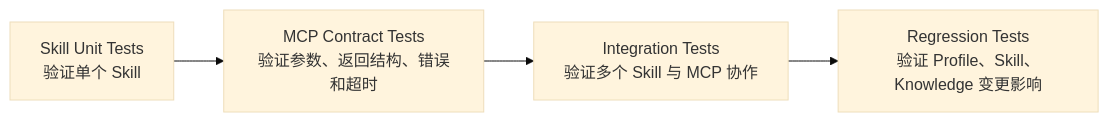
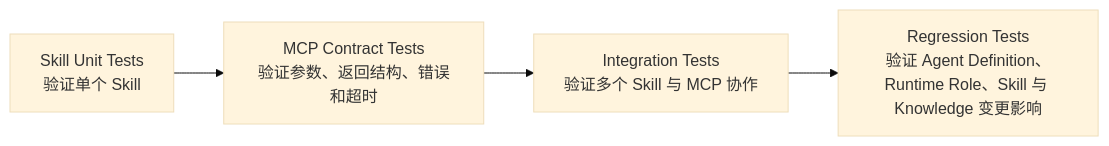
Before and after one commit to JO-WTF/open-web-codex: the seventh of 8 diagrams in docs/domain-agent-extension-architecture.md, drawn with Mermaid (base theme). The commit also changed other lines of this file and 18 other files, not shown here.

````diff
--- a/docs/domain-agent-extension-architecture.md
+++ b/docs/domain-agent-extension-architecture.md
@@ -781,6 +819,6 @@
 ```mermaid
 flowchart LR
     A["Skill Unit Tests<br/>验证单个 Skill"] --> B["MCP Contract Tests<br/>验证参数、返回结构、错误和超时"]
     B --> C["Integration Tests<br/>验证多个 Skill 与 MCP 协作"]
-    C --> D["Regression Tests<br/>验证 Profile、Skill、Knowledge 变更影响"]
+    C --> D["Regression Tests<br/>验证 Agent Definition、Runtime Role、Skill 与 Knowledge 变更影响"]
 ```
````
